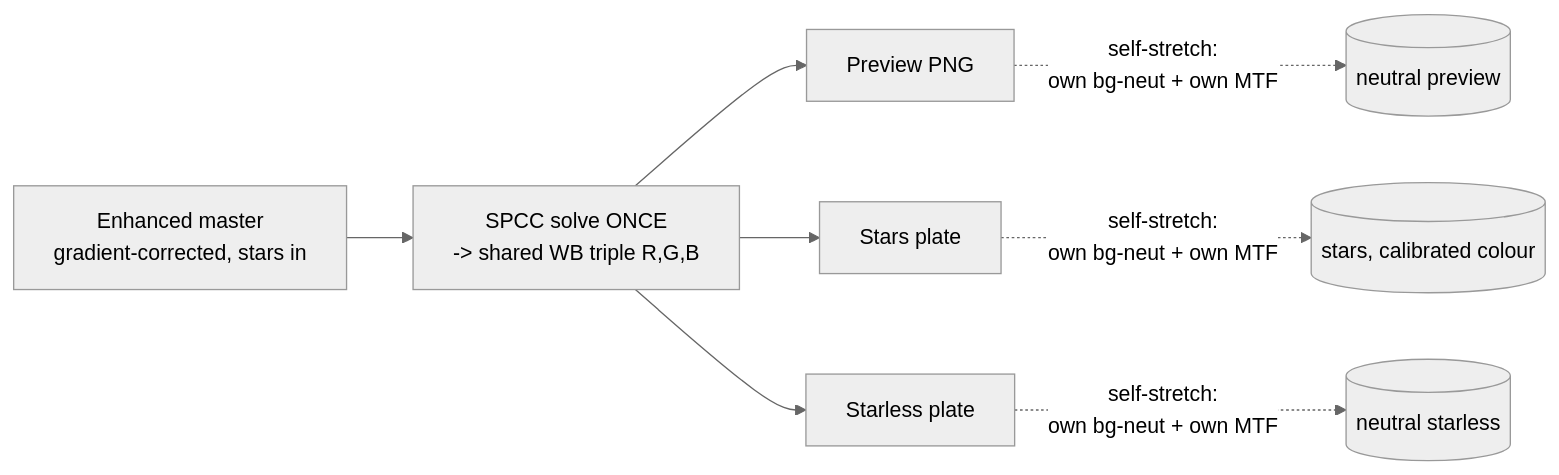
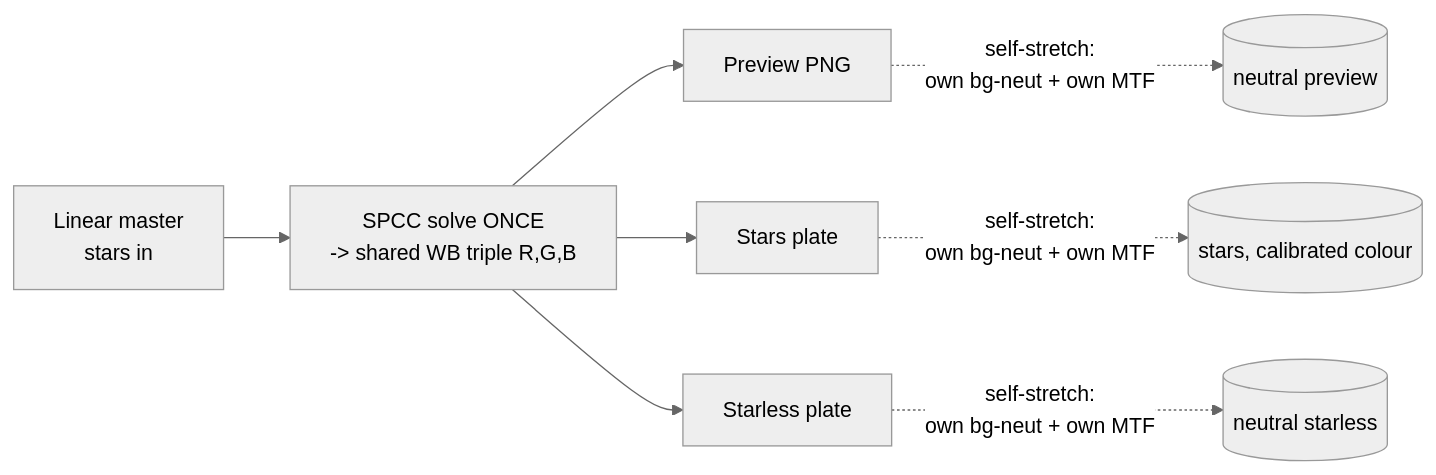
Before and after one commit to SharpAstro/tianwen: the fourth of 6 diagrams in docs/architecture/stacking-render-pipeline.md, drawn with Mermaid (neutral theme). The commit also changed other lines of this file and 19 other files, not shown here.

````diff
--- a/docs/architecture/stacking-render-pipeline.md
+++ b/docs/architecture/stacking-render-pipeline.md
@@ -316,10 +319,10 @@
 ```mermaid
 flowchart LR
-    Enh[Enhanced master<br/>gradient-corrected, stars in] --> SPCC[SPCC solve ONCE<br/>-> shared WB triple R,G,B]
+    Enh[Linear master<br/>stars in] --> SPCC[SPCC solve ONCE<br/>-> shared WB triple R,G,B]
     SPCC --> P[Preview PNG]
     SPCC --> S[Stars plate]
     SPCC --> SL[Starless plate]
     P -. self-stretch:<br/>own bg-neut + own MTF .-> Pout[(neutral preview)]
     S -. self-stretch:<br/>own bg-neut + own MTF .-> Sout[(stars, calibrated colour)]
     SL -. self-stretch:<br/>own bg-neut + own MTF .-> SLout[(neutral starless)]
 ```
````
